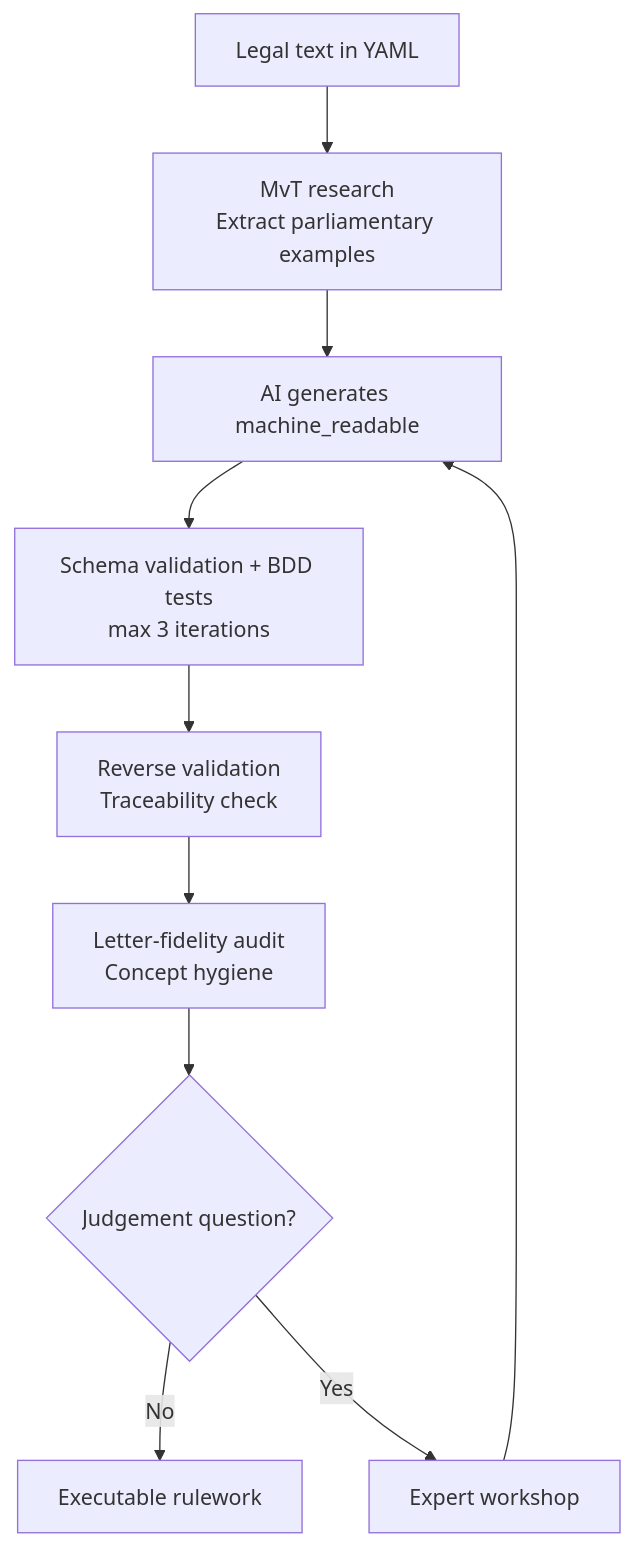
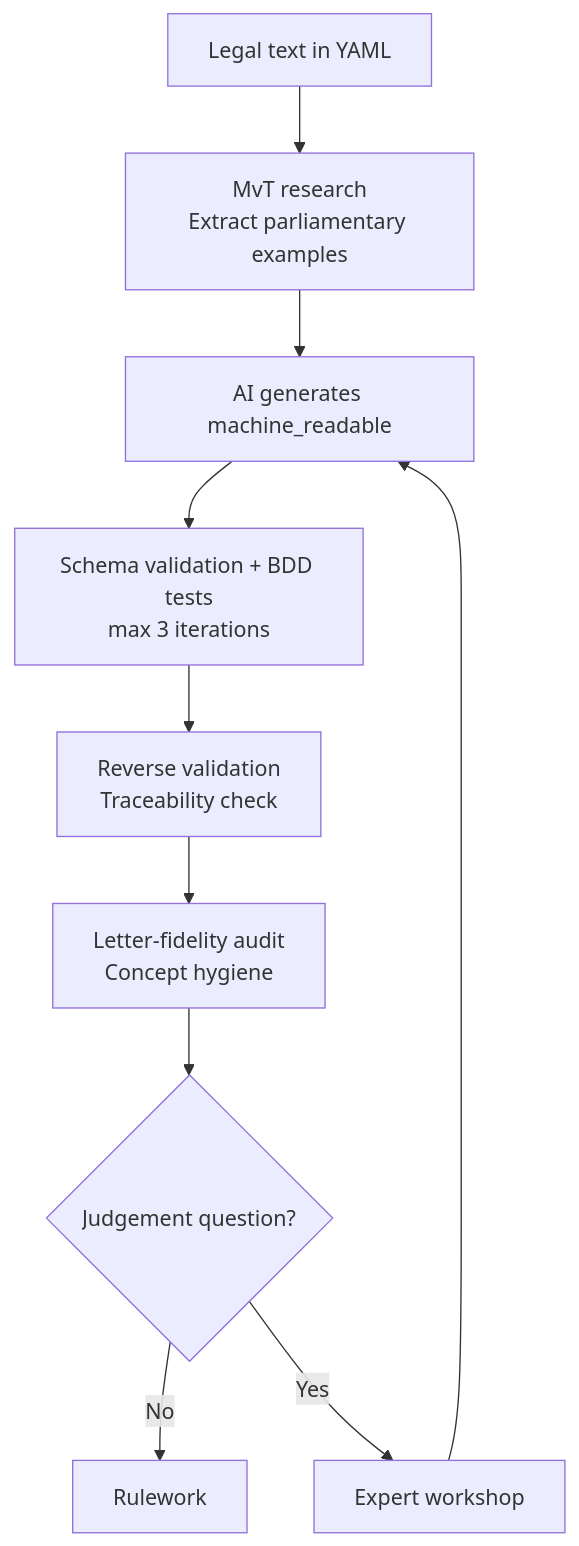
One commit to MinBZK/regelrecht changed the third of 5 diagrams in docs/src/content/docs/concepts/validation-methodology.md. Above: the diagram before and after it, drawn with Mermaid. The commit also changed other lines of this file and 66 other files, not shown here.

````diff
--- a/docs/src/content/docs/concepts/validation-methodology.md
+++ b/docs/src/content/docs/concepts/validation-methodology.md
@@ -120,12 +120,12 @@
 ```mermaid
 flowchart TD
     A[Legal text in YAML] --> B[MvT research\nExtract parliamentary examples]
     B --> C[AI generates machine_readable]
     C --> D[Schema validation + BDD tests\nmax 3 iterations]
     D --> E[Reverse validation\nTraceability check]
     E --> F[Letter-fidelity audit\nConcept hygiene]
     F --> G{Judgement question?}
-    G -->|No| H[Executable rulework]
+    G -->|No| H[Rulework]
     G -->|Yes| W[Expert workshop]
     W --> C
 ```
````
